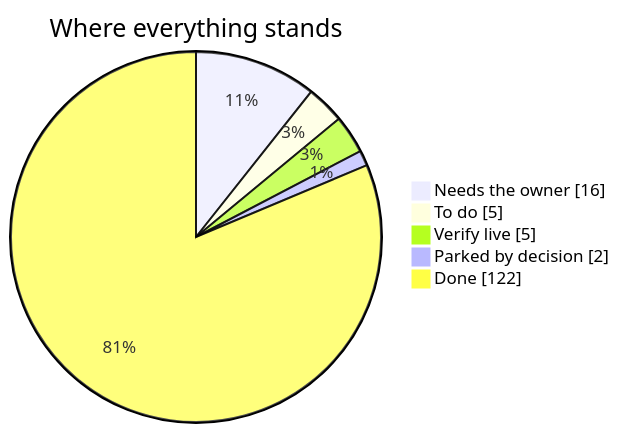
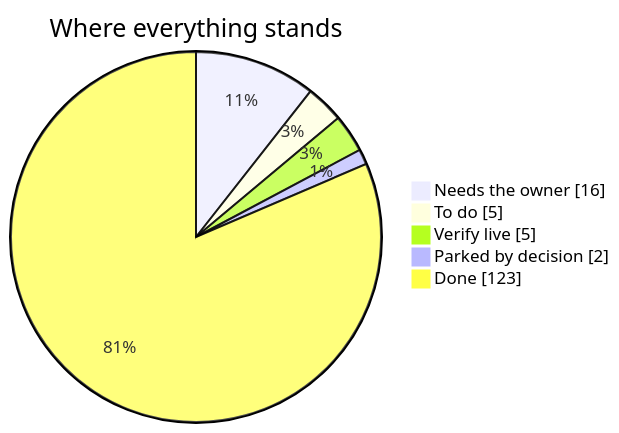
Before and after one commit to divitkej/gradlink: the diagram in launch-board/README.md, drawn with Mermaid. The commit also changed other lines of this file and 4 other files, not shown here.

````diff
--- a/launch-board/README.md
+++ b/launch-board/README.md
@@ -11,9 +11,9 @@
 ```mermaid
 pie showData
   title Where everything stands
   "Needs the owner" : 16
   "To do" : 5
   "Verify live" : 5
   "Parked by decision" : 2
-  "Done" : 122
+  "Done" : 123
 ```
````
